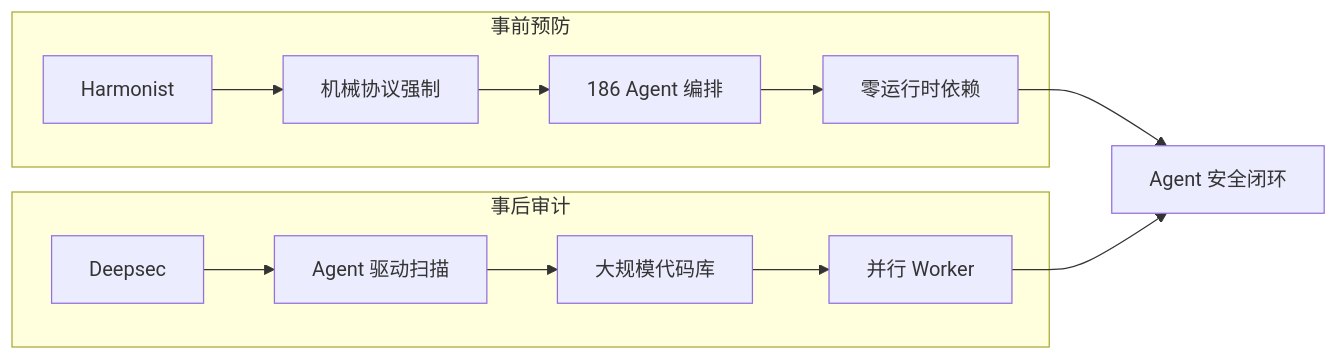
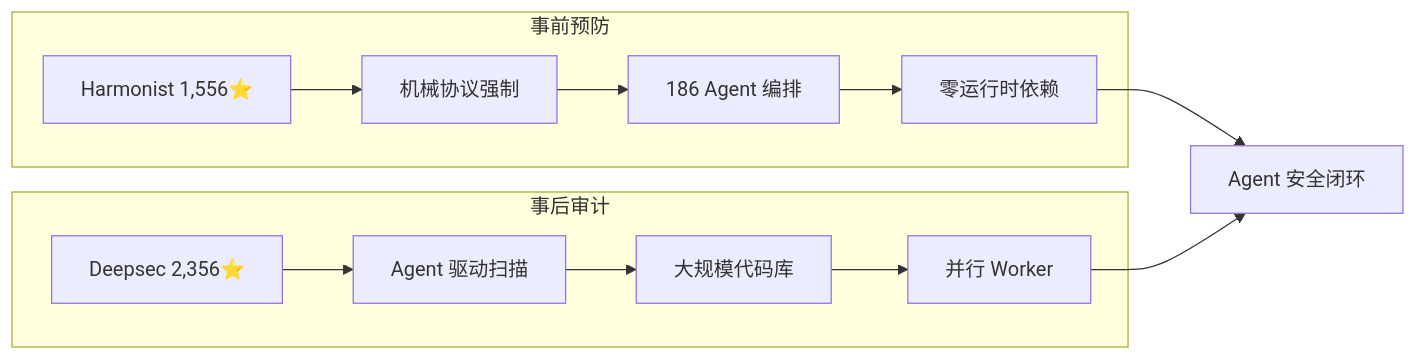
Before and after one commit to lohasle/github-researcher: the second of 2 diagrams in daily/2026-05-10.md, drawn with Mermaid. The commit also changed other lines of this file and 16 other files, not shown here.

````diff
--- a/daily/2026-05-10.md
+++ b/daily/2026-05-10.md
@@ -231,17 +207,17 @@
 ```mermaid
 flowchart LR
     subgraph 事前预防
-        H[Harmonist] --> H1[机械协议强制]
+        H[Harmonist 1,556⭐] --> H1[机械协议强制]
         H1 --> H2[186 Agent 编排]
         H2 --> H3[零运行时依赖]
     end
 
     subgraph 事后审计
-        D[Deepsec] --> D1[Agent 驱动扫描]
+        D[Deepsec 2,356⭐] --> D1[Agent 驱动扫描]
         D1 --> D2[大规模代码库]
         D2 --> D3[并行 Worker]
     end
 
     H3 --> R[Agent 安全闭环]
     D3 --> R
 ```
````
